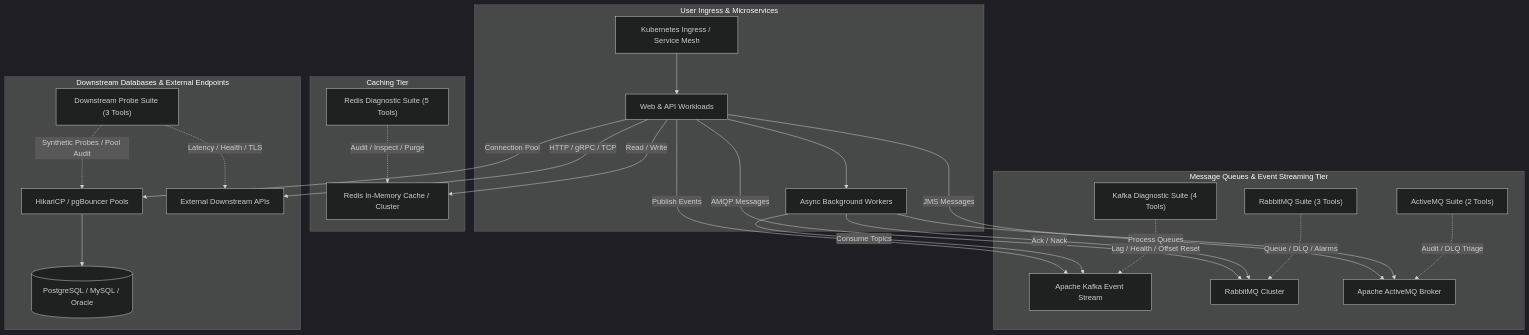
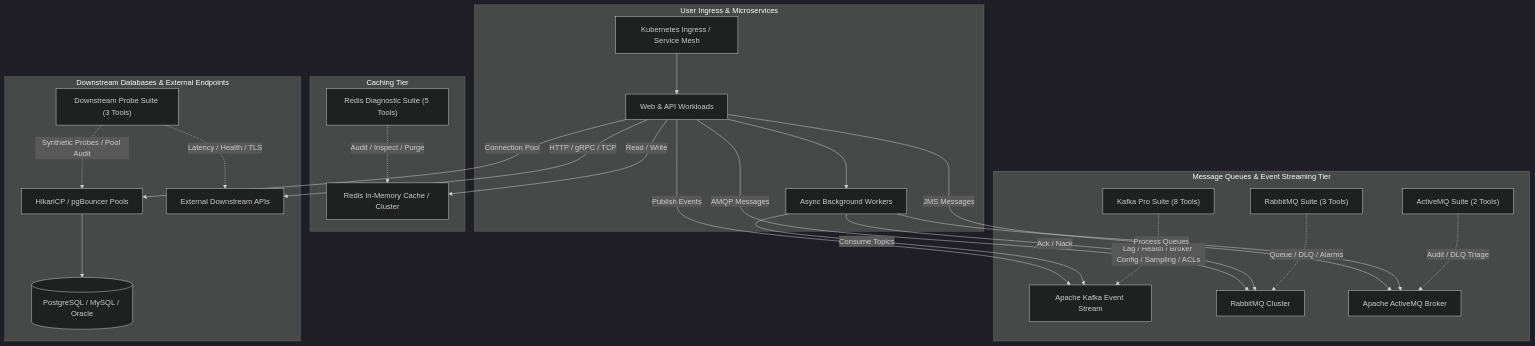
One commit to williamsjoshua005/devops-agent changed the diagram in docs/specs/30-enterprise-middleware-message-queues-and-downstream-services.md. Above: the diagram before and after it, drawn with Mermaid (dark theme). The commit also changed other lines of this file and 7 other files, not shown here.

Commit message:
feat(kafka): enrich Kafka Pro Suite with broker configs, financial-grade sampling, topic management, and security audit

````diff
--- a/docs/specs/30-enterprise-middleware-message-queues-and-downstream-services.md
+++ b/docs/specs/30-enterprise-middleware-message-queues-and-downstream-services.md
@@ -17,35 +17,35 @@
 ```mermaid
 flowchart TD
     subgraph Clients_and_Ingress ["User Ingress & Microservices"]
         Ingress["Kubernetes Ingress / Service Mesh"] --> WebAPI["Web & API Workloads"]
         WebAPI --> WorkerServices["Async Background Workers"]
     end
 
     subgraph Caching_Tier ["Caching Tier"]
         WebAPI -->|Read / Write| RedisCluster["Redis In-Memory Cache / Cluster"]
         RedisTool["Redis Diagnostic Suite (5 Tools)"] -.->|Audit / Inspect / Purge| RedisCluster
     end
 
     subgraph Event_and_Queue_Tier ["Message Queues & Event Streaming Tier"]
         WebAPI -->|Publish Events| KafkaBrokers["Apache Kafka Event Stream"]
         WorkerServices -->|Consume Topics| KafkaBrokers
-        KafkaTool["Kafka Diagnostic Suite (4 Tools)"] -.->|Lag / Health / Offset Reset| KafkaBrokers
+        KafkaTool["Kafka Pro Suite (8 Tools)"] -.->|Lag / Health / Broker Config / Sampling / ACLs| KafkaBrokers
 
         WebAPI -->|AMQP Messages| RabbitBrokers["RabbitMQ Cluster"]
         WorkerServices -->|Ack / Nack| RabbitBrokers
         RabbitTool["RabbitMQ Suite (3 Tools)"] -.->|Queue / DLQ / Alarms| RabbitBrokers
 
         WebAPI -->|JMS Messages| ActiveMQBroker["Apache ActiveMQ Broker"]
         WorkerServices -->|Process Queues| ActiveMQBroker
         ActiveMQTool["ActiveMQ Suite (2 Tools)"] -.->|Audit / DLQ Triage| ActiveMQBroker
     end
 
     subgraph Downstream_Tier ["Downstream Databases & External Endpoints"]
         WebAPI -->|Connection Pool| DBPool["HikariCP / pgBouncer Pools"]
         DBPool --> RelationalDB[("PostgreSQL / MySQL / Oracle")]
         WebAPI -->|HTTP / gRPC / TCP| ExternalSvc["External Downstream APIs"]
 
         ProbeTool["Downstream Probe Suite (3 Tools)"] -.->|Synthetic Probes / Pool Audit| DBPool
         ProbeTool -.->|Latency / Health / TLS| ExternalSvc
     end
 ```
````
